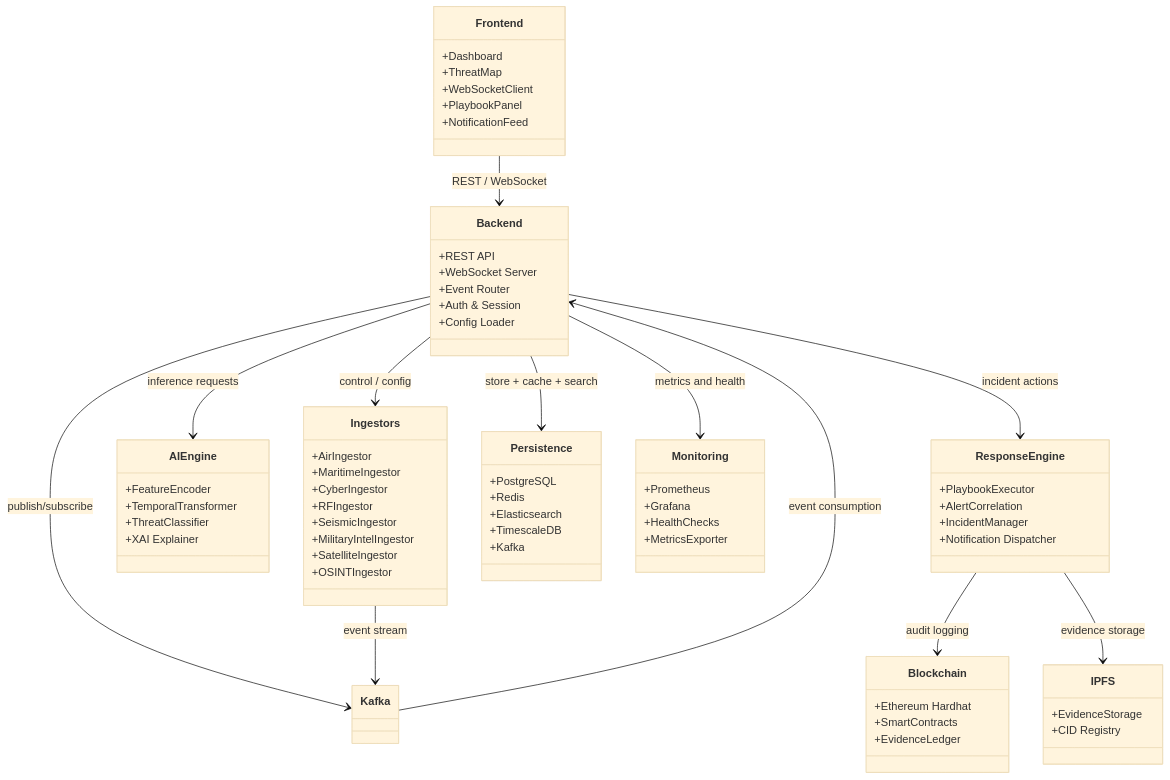
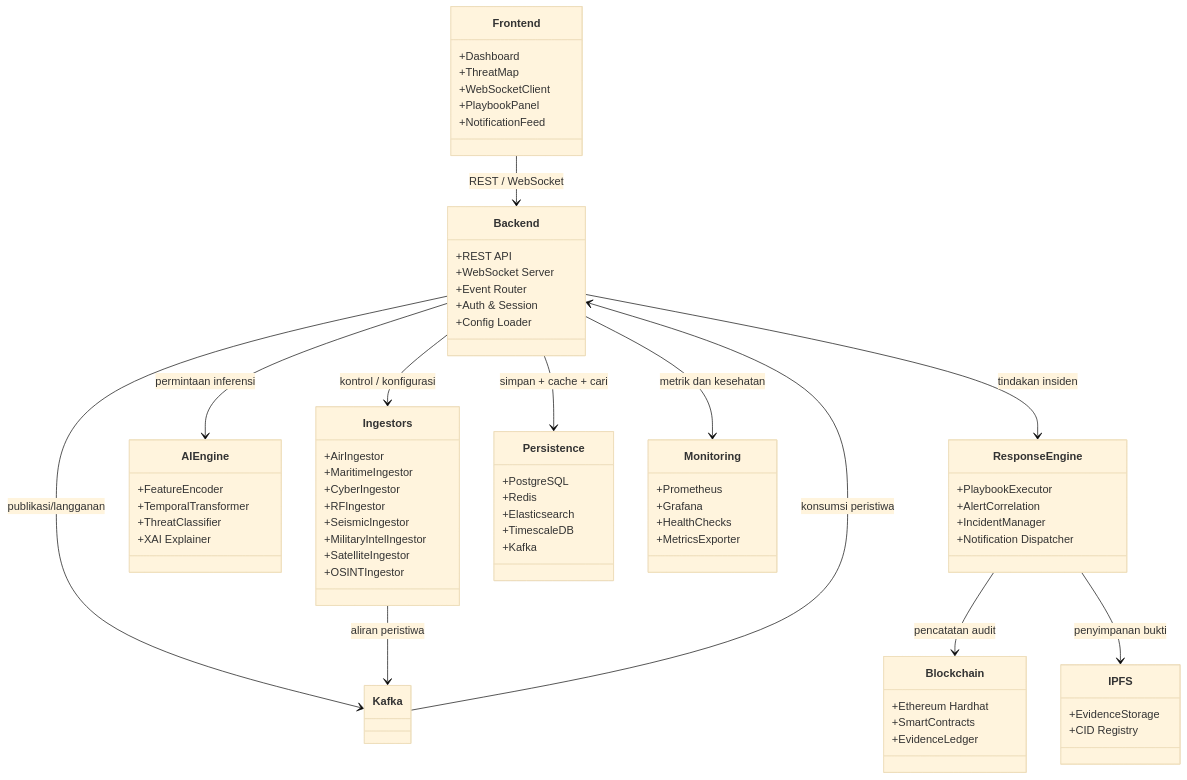
One commit to wi5nuu/SENTINEL-X-X-Domain-Threat-Fusion-Platform changed the second of 3 diagrams in README.md. Above: the diagram before and after it, drawn with Mermaid (base theme). The commit also changed other lines of this file, not shown here.

````diff
--- a/README.md
+++ b/README.md
@@ -248,73 +248,73 @@
 ```mermaid
 classDiagram
     class Frontend {
         +Dashboard
         +ThreatMap
         +WebSocketClient
         +PlaybookPanel
         +NotificationFeed
     }
     class Backend {
         +REST API
         +WebSocket Server
         +Event Router
         +Auth & Session
         +Config Loader
     }
     class Ingestors {
         +AirIngestor
         +MaritimeIngestor
         +CyberIngestor
         +RFIngestor
         +SeismicIngestor
         +MilitaryIntelIngestor
         +SatelliteIngestor
         +OSINTIngestor
     }
     class AIEngine {
         +FeatureEncoder
         +TemporalTransformer
         +ThreatClassifier
         +XAI Explainer
     }
     class ResponseEngine {
         +PlaybookExecutor
         +AlertCorrelation
         +IncidentManager
         +Notification Dispatcher
     }
     class Persistence {
         +PostgreSQL
         +Redis
         +Elasticsearch
         +TimescaleDB
         +Kafka
     }
     class Blockchain {
         +Ethereum Hardhat
         +SmartContracts
         +EvidenceLedger
     }
     class IPFS {
         +EvidenceStorage
         +CID Registry
     }
     class Monitoring {
         +Prometheus
         +Grafana
         +HealthChecks
         +MetricsExporter
     }
 
     Frontend --> Backend: REST / WebSocket
-    Backend --> Persistence: store + cache + search
-    Backend --> Kafka: publish/subscribe
-    Backend --> Ingestors: control / config
-    Backend --> AIEngine: inference requests
-    Backend --> ResponseEngine: incident actions
-    ResponseEngine --> Blockchain: audit logging
-    ResponseEngine --> IPFS: evidence storage
-    Backend --> Monitoring: metrics and health
-    Ingestors --> Kafka: event stream
-    Kafka --> Backend: event consumption
+    Backend --> Persistence: simpan + cache + cari
+    Backend --> Kafka: publikasi/langganan
+    Backend --> Ingestors: kontrol / konfigurasi
+    Backend --> AIEngine: permintaan inferensi
+    Backend --> ResponseEngine: tindakan insiden
+    ResponseEngine --> Blockchain: pencatatan audit
+    ResponseEngine --> IPFS: penyimpanan bukti
+    Backend --> Monitoring: metrik dan kesehatan
+    Ingestors --> Kafka: aliran peristiwa
+    Kafka --> Backend: konsumsi peristiwa
 ```
````
